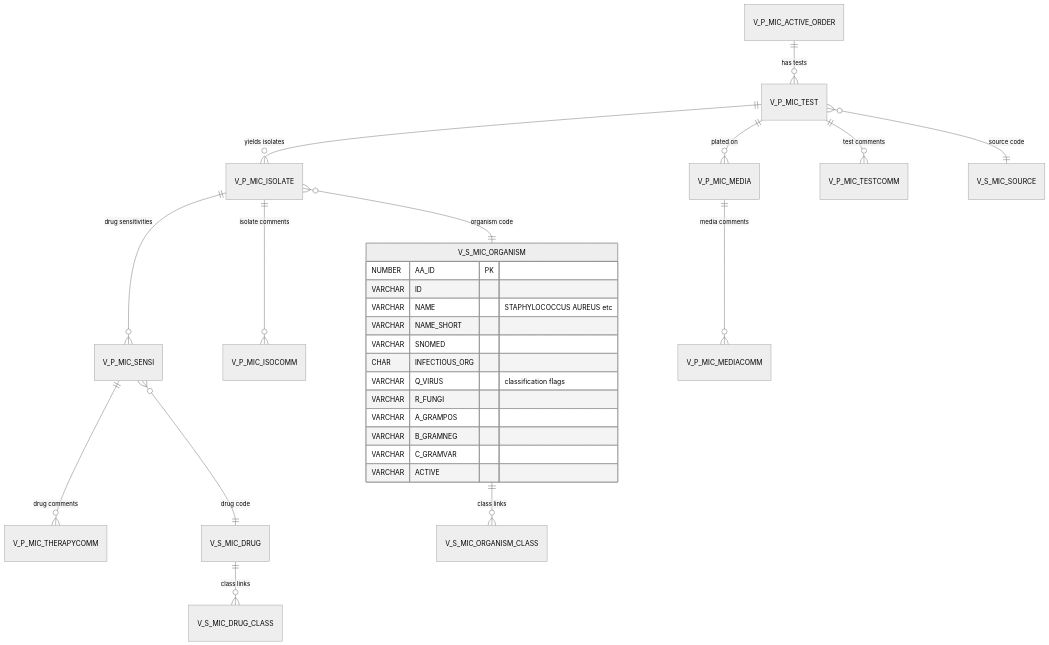
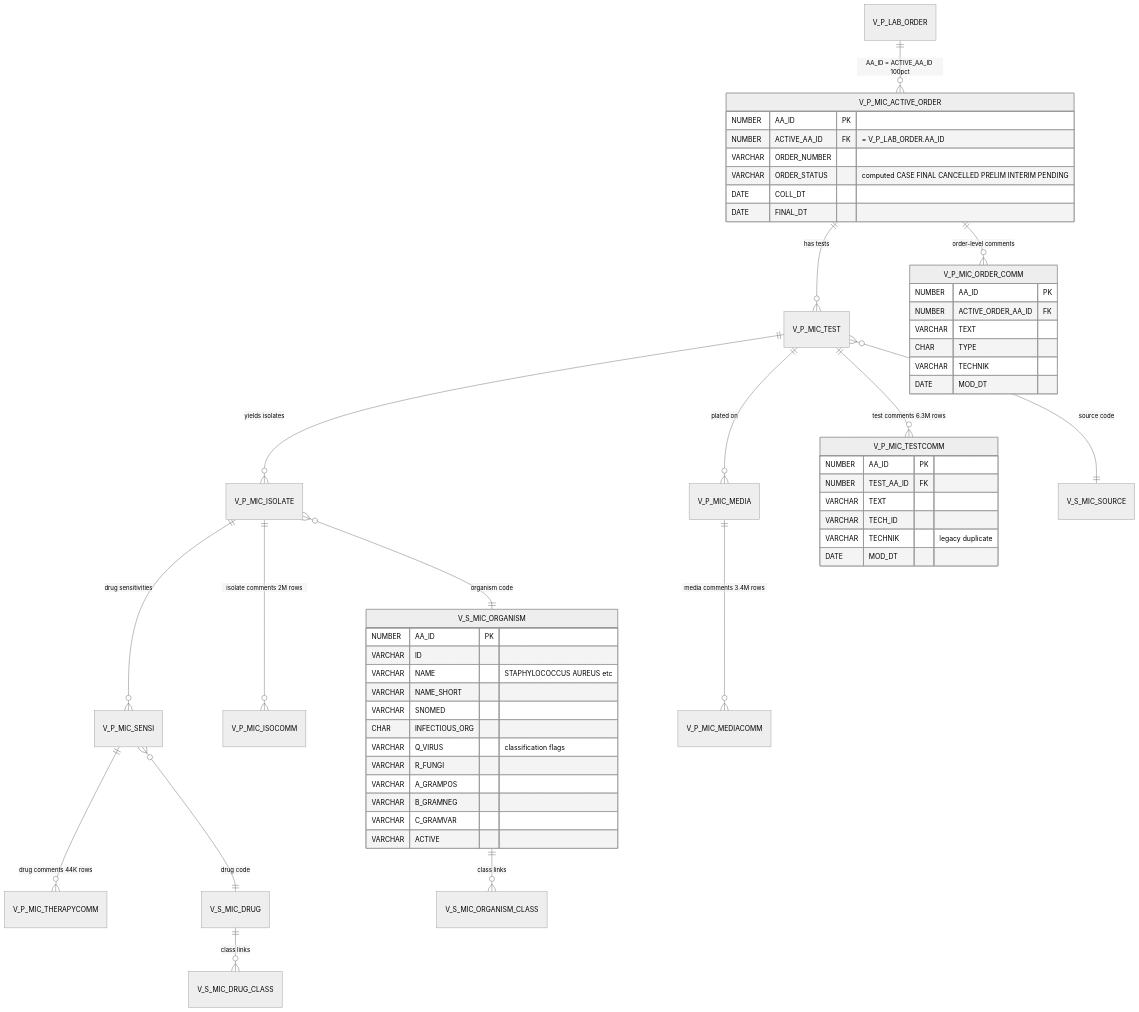
The ninth of 11 diagrams in schema_diagrams.md (rfedeli/sql_queries), drawn with Mermaid (neutral theme) before and after one commit. The commit also changed other lines of this file and 5 other files, not shown here.

````diff
--- a/schema_diagrams.md
+++ b/schema_diagrams.md
@@ -704,31 +712,57 @@
 ```mermaid
 erDiagram
+    V_P_LAB_ORDER ||--o{ V_P_MIC_ACTIVE_ORDER : "AA_ID = ACTIVE_AA_ID 100pct"
     V_P_MIC_ACTIVE_ORDER ||--o{ V_P_MIC_TEST : "has tests"
+    V_P_MIC_ACTIVE_ORDER ||--o{ V_P_MIC_ORDER_COMM : "order-level comments"
     V_P_MIC_TEST ||--o{ V_P_MIC_ISOLATE : "yields isolates"
     V_P_MIC_ISOLATE ||--o{ V_P_MIC_SENSI : "drug sensitivities"
     V_P_MIC_TEST ||--o{ V_P_MIC_MEDIA : "plated on"
-    V_P_MIC_TEST ||--o{ V_P_MIC_TESTCOMM : "test comments"
-    V_P_MIC_ISOLATE ||--o{ V_P_MIC_ISOCOMM : "isolate comments"
-    V_P_MIC_SENSI ||--o{ V_P_MIC_THERAPYCOMM : "drug comments"
-    V_P_MIC_MEDIA ||--o{ V_P_MIC_MEDIACOMM : "media comments"
+    V_P_MIC_TEST ||--o{ V_P_MIC_TESTCOMM : "test comments 6.3M rows"
+    V_P_MIC_ISOLATE ||--o{ V_P_MIC_ISOCOMM : "isolate comments 2M rows"
+    V_P_MIC_SENSI ||--o{ V_P_MIC_THERAPYCOMM : "drug comments 44K rows"
+    V_P_MIC_MEDIA ||--o{ V_P_MIC_MEDIACOMM : "media comments 3.4M rows"
     V_P_MIC_ISOLATE }o--|| V_S_MIC_ORGANISM : "organism code"
     V_P_MIC_SENSI }o--|| V_S_MIC_DRUG : "drug code"
     V_P_MIC_TEST }o--|| V_S_MIC_SOURCE : "source code"
     V_S_MIC_ORGANISM ||--o{ V_S_MIC_ORGANISM_CLASS : "class links"
     V_S_MIC_DRUG ||--o{ V_S_MIC_DRUG_CLASS : "class links"
 
+    V_P_MIC_ACTIVE_ORDER {
+        NUMBER AA_ID PK
+        NUMBER ACTIVE_AA_ID FK "= V_P_LAB_ORDER.AA_ID"
+        VARCHAR ORDER_NUMBER
+        VARCHAR ORDER_STATUS "computed CASE FINAL CANCELLED PRELIM INTERIM PENDING"
+        DATE COLL_DT
+        DATE FINAL_DT
+    }
+    V_P_MIC_ORDER_COMM {
+        NUMBER AA_ID PK
+        NUMBER ACTIVE_ORDER_AA_ID FK
+        VARCHAR TEXT
+        CHAR TYPE
+        VARCHAR TECHNIK
+        DATE MOD_DT
+    }
+    V_P_MIC_TESTCOMM {
+        NUMBER AA_ID PK
+        NUMBER TEST_AA_ID FK
+        VARCHAR TEXT
+        VARCHAR TECH_ID
+        VARCHAR TECHNIK "legacy duplicate"
+        DATE MOD_DT
+    }
     V_S_MIC_ORGANISM {
         NUMBER AA_ID PK
         VARCHAR ID
         VARCHAR NAME "STAPHYLOCOCCUS AUREUS etc"
         VARCHAR NAME_SHORT
         VARCHAR SNOMED
         CHAR INFECTIOUS_ORG
         VARCHAR Q_VIRUS "classification flags"
         VARCHAR R_FUNGI
         VARCHAR A_GRAMPOS
         VARCHAR B_GRAMNEG
         VARCHAR C_GRAMVAR
         VARCHAR ACTIVE
     }
 ```
````
